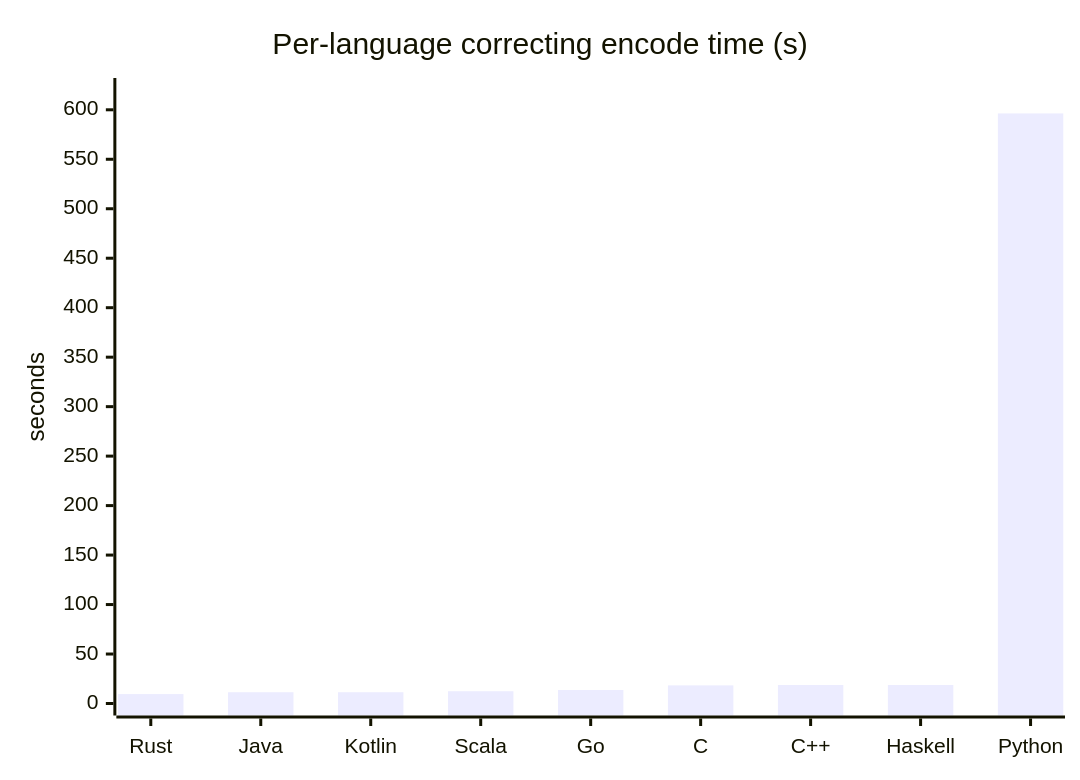
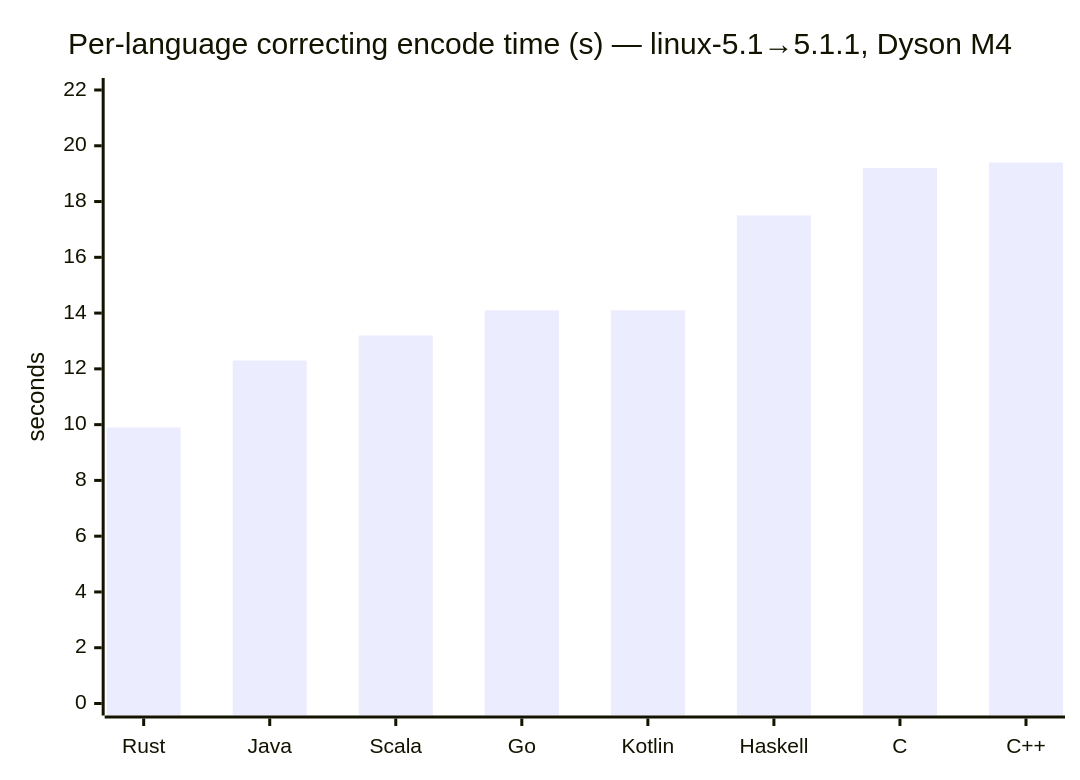
The second of 12 diagrams in ANALYSIS.md (darrelllong/Delta-Compression), drawn with Mermaid before and after one commit. The commit also changed other lines of this file, not shown here.

First line of the commit message:
analysis: refresh all benchmark tables and charts (2026-03-05)

````diff
--- a/ANALYSIS.md
+++ b/ANALYSIS.md
@@ -322,7 +312,7 @@
 ```mermaid
 xychart-beta
-    title "Per-language correcting encode time (s)"
-    x-axis ["Rust", "Java", "Kotlin", "Scala", "Go", "C", "C++", "Haskell", "Python"]
-    y-axis "seconds" 0 --> 620
-    bar [9.5, 11.4, 11.4, 12.4, 13.6, 18.3, 18.7, 18.721, 596.3]
+    title "Per-language correcting encode time (s) — linux-5.1→5.1.1, Dyson M4"
+    x-axis ["Rust", "Java", "Scala", "Go", "Kotlin", "Haskell", "C", "C++"]
+    y-axis "seconds" 0 --> 22
+    bar [9.9, 12.3, 13.2, 14.1, 14.1, 17.5, 19.2, 19.4]
 ```
````
